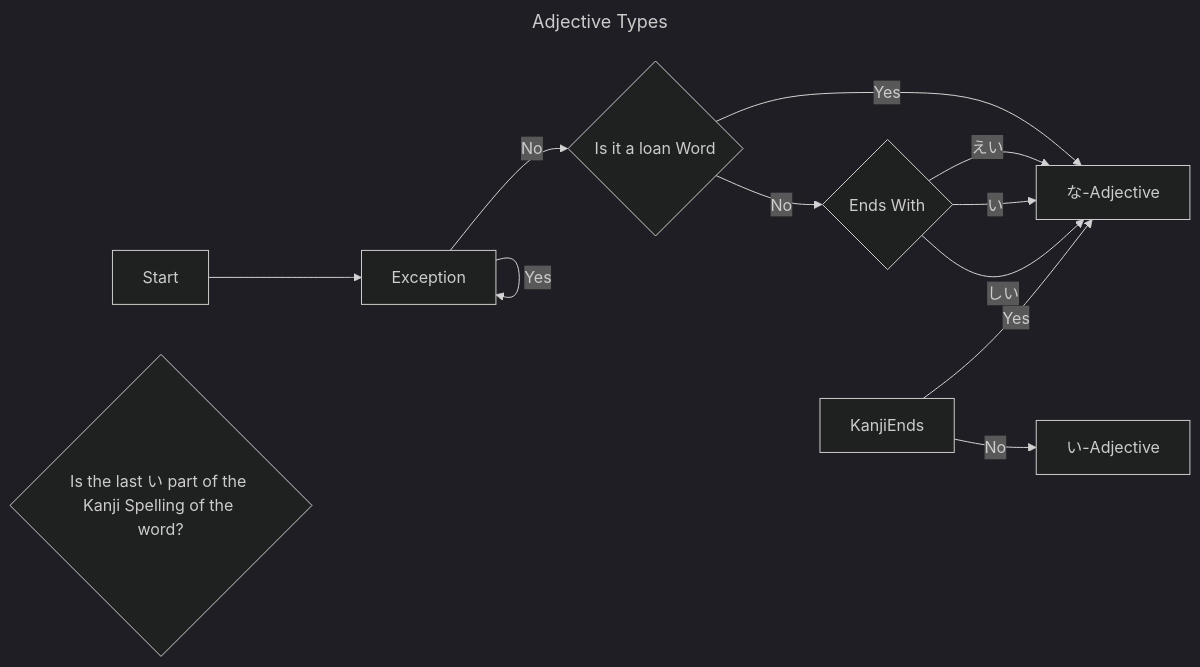
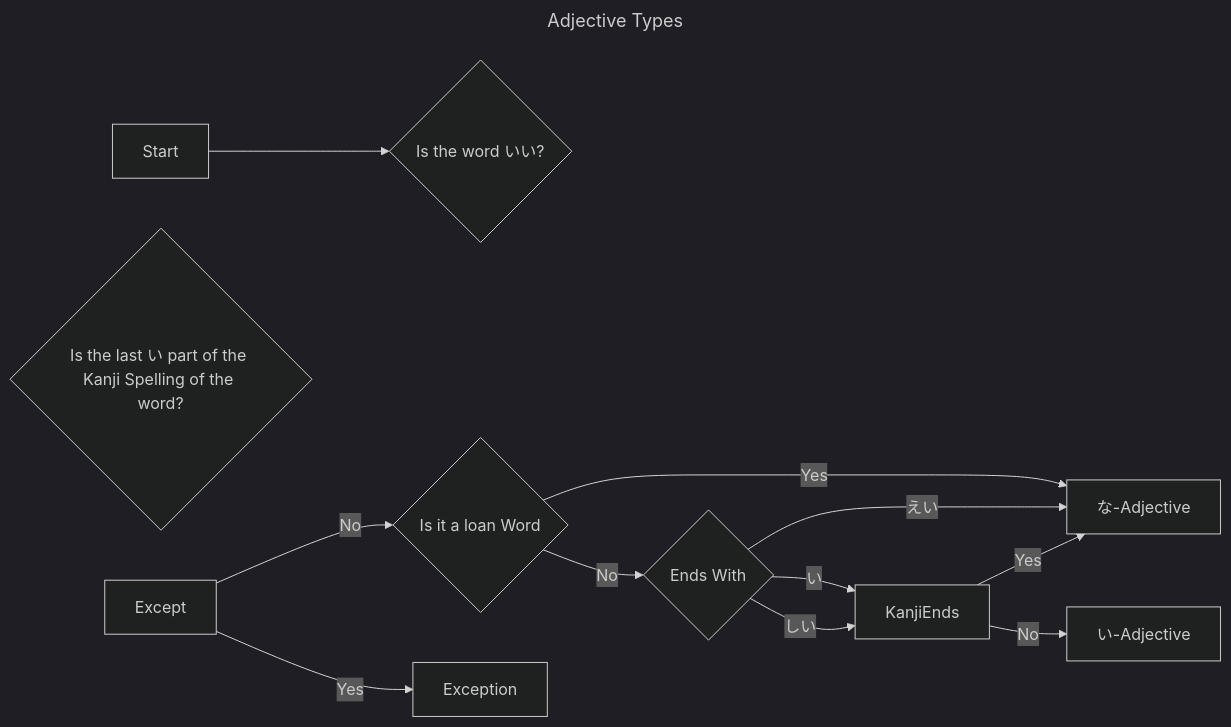
One commit to NathanKewley/Japanese changed the diagram in Grammar/い-Adjectives-And-な-Adjectives.md. Above: the diagram before and after it, drawn with Mermaid (dark theme).

Commit message:
attempt at a diagram

````diff
--- a/Grammar/い-Adjectives-And-な-Adjectives.md
+++ b/Grammar/い-Adjectives-And-な-Adjectives.md
@@ -55,24 +55,24 @@
 ```mermaid
 ---
 title: Adjective Types
 ---
 flowchart LR;
-    Start[Start] --> Exception{Is the word いい?}
+    Start[Start] --> Excep{Is the word いい?}
     IsIt{Is it a loan Word}
     NotLoan{Ends With}
     KanjiEnd{Is the last い part of the Kanji Spelling of the word?}
 
     い-Adjective[い-Adjective]
     な-Adjective[な-Adjective]
     Exception[Exception]
 
-    Exception -->|Yes| Exception
-    Exception -->|No| IsIt
+    Except -->|Yes| Exception
+    Except -->|No| IsIt
     IsIt -->|Yes| な-Adjective
     IsIt -->|No| NotLoan
     NotLoan -->|えい| な-Adjective
-    NotLoan -->|い| な-Adjective
-    NotLoan -->|しい| な-Adjective
+    NotLoan -->|い| KanjiEnds
+    NotLoan -->|しい| KanjiEnds
     KanjiEnds -->|Yes| な-Adjective
     KanjiEnds -->|No| い-Adjective
 ```
````
